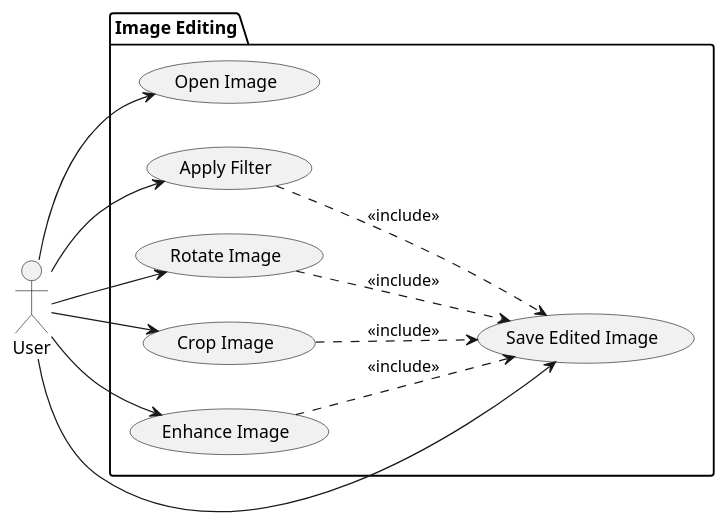
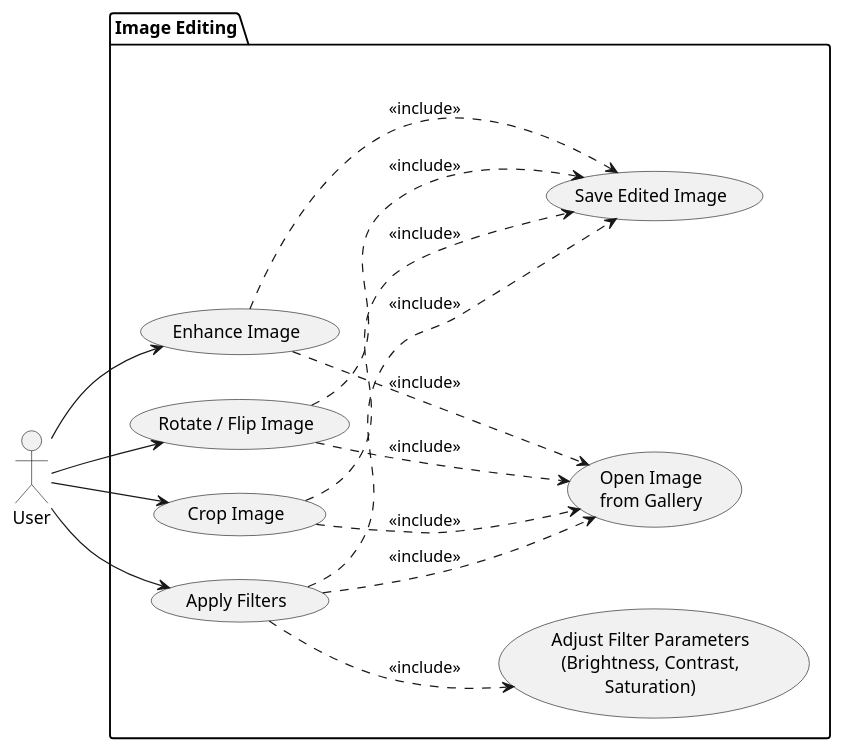
The diagram in _docs/Usecase/UC_ImgEdit.puml (LuuQuangTien/FileEditorApp), drawn with PlantUML before and after one commit. The commit also changed 21 other files, not shown here.

```diff
--- a/_docs/Usecase/UC_ImgEdit.puml
+++ b/_docs/Usecase/UC_ImgEdit.puml
@@ -1,25 +1,34 @@
 @startuml
 left to right direction
-actor "User" as user
+actor "User" as User
 
 package "Image Editing" {
-  usecase "Open Image" as UC_OpenImage
-  usecase "Apply Filter" as UC_Filter
-  usecase "Rotate Image" as UC_Rotate
+
+  usecase "Open Image\nfrom Gallery" as UC_Open
   usecase "Crop Image" as UC_Crop
+  usecase "Rotate / Flip Image" as UC_Rotate
+  usecase "Apply Filters" as UC_Filter
+  usecase "Adjust Filter Parameters\n(Brightness, Contrast,\nSaturation)" as UC_Adjust
   usecase "Enhance Image" as UC_Enhance
   usecase "Save Edited Image" as UC_Save
+
 }
 
-user --> UC_OpenImage
-user --> UC_Filter
-user --> UC_Rotate
-user --> UC_Crop
-user --> UC_Enhance
-user --> UC_Save
+User --> UC_Crop
+User --> UC_Rotate
+User --> UC_Filter
+User --> UC_Enhance
 
+UC_Crop ..> UC_Open : <<include>>
+UC_Rotate ..> UC_Open : <<include>>
+UC_Filter ..> UC_Open : <<include>>
+UC_Enhance ..> UC_Open : <<include>>
+
+UC_Filter ..> UC_Adjust : <<include>>
+
+UC_Crop ..> UC_Save : <<include>>
+UC_Rotate ..> UC_Save : <<include>>
 UC_Filter ..> UC_Save : <<include>>
-UC_Rotate ..> UC_Save : <<include>>
-UC_Crop ..> UC_Save : <<include>>
 UC_Enhance ..> UC_Save : <<include>>
+
 @enduml
```
